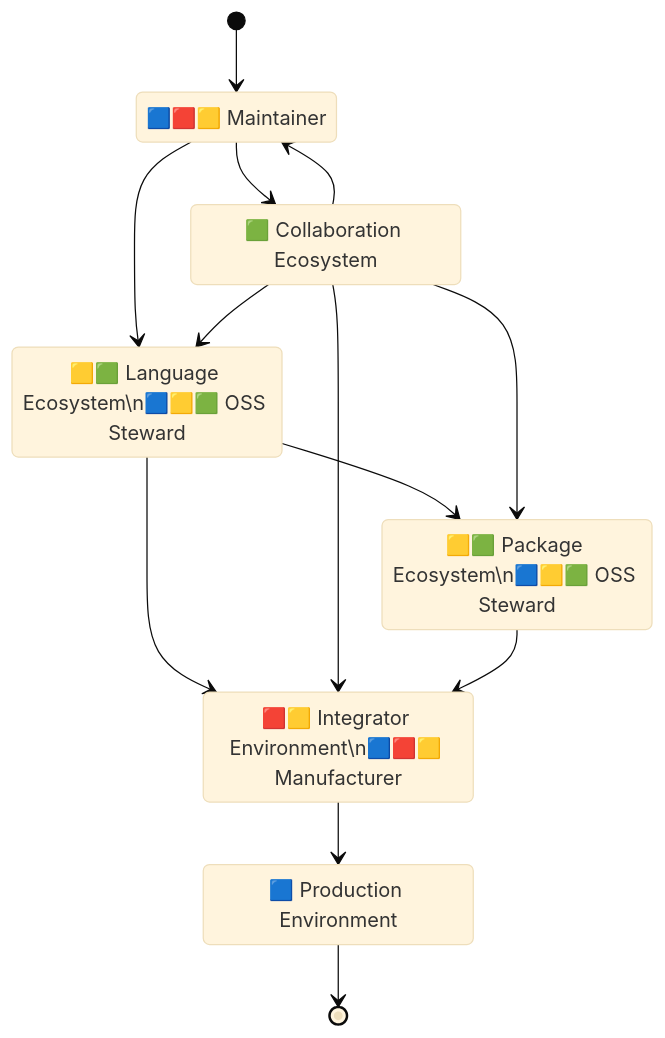
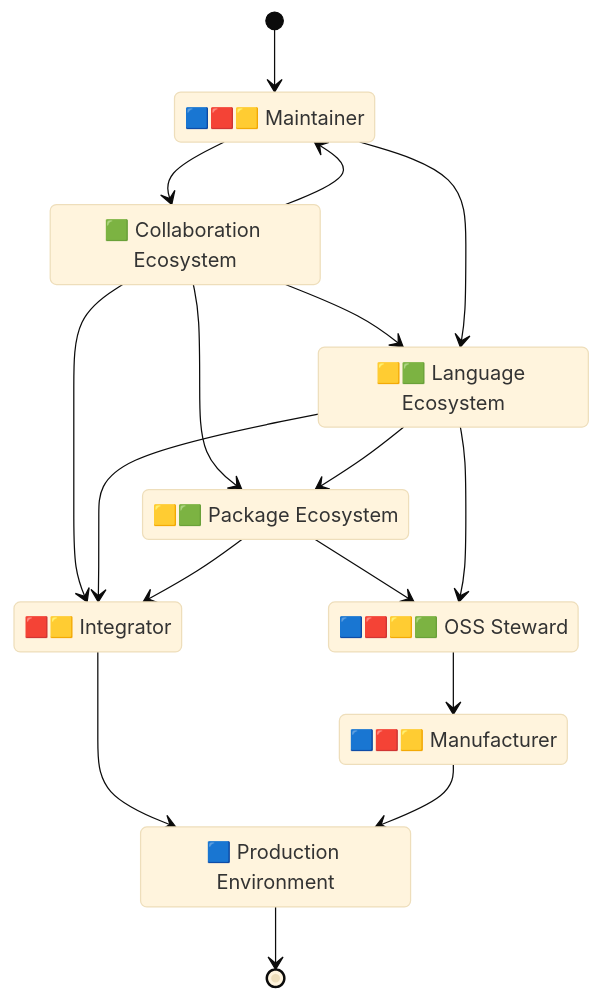
The first of 2 diagrams in docs/eu-cra-summary.md (CPAN-Security/security.metacpan.org), drawn with Mermaid (base theme) before and after one commit. The commit also changed other lines of this file, not shown here.

Commit message:
Rework supply-chain graph to take into account the OSS Steward role

````diff
--- a/docs/eu-cra-summary.md
+++ b/docs/eu-cra-summary.md
@@ -30,26 +30,32 @@
 ```mermaid
 stateDiagram-v2
     direction TB
 
-    state "🟦🟥🟨 Maintainer"             as environment_maintainer
-    state "🟩 Collaboration Ecosystem"  as ecosystem_repo
-    state "🟨🟩 Language Ecosystem\n🟦🟨🟩 OSS Steward" as ecosystem_lang
-    state "🟨🟩 Package Ecosystem\n🟦🟨🟩 OSS Steward" as ecosystem_package
-    state "🟥🟨 Integrator Environment\n🟦🟥🟨 Manufacturer" as environment_integrator
-    state "🟦 Production Environment"   as environment_prod
+    state "🟦🟥🟨 Maintainer" as environment_maintainer
+    state "🟩 Collaboration Ecosystem" as ecosystem_repo
+    state "🟨🟩 Language Ecosystem" as ecosystem_lang
+    state "🟨🟩 Package Ecosystem" as ecosystem_package
+    state "🟦🟥🟨🟩 OSS Steward" as ecosystem_steward
+    state "🟥🟨 Integrator" as environment_integrator
+    state "🟦🟥🟨 Manufacturer" as environment_manufacturer
+    state "🟦 Production Environment" as environment_prod
 
 
     [*] --> environment_maintainer
+    ecosystem_repo         --> ecosystem_lang
+    environment_maintainer --> ecosystem_lang
     environment_maintainer --> ecosystem_repo
-    environment_maintainer --> ecosystem_lang
     ecosystem_repo --> environment_maintainer
+    ecosystem_repo --> ecosystem_package
     ecosystem_lang --> ecosystem_package
+    ecosystem_package --> ecosystem_steward
+    ecosystem_lang --> ecosystem_steward
+    ecosystem_repo --> environment_integrator
     ecosystem_lang --> environment_integrator
-    ecosystem_repo --> ecosystem_lang
-    ecosystem_repo --> ecosystem_package
-    ecosystem_repo --> environment_integrator
     ecosystem_package --> environment_integrator
+    ecosystem_steward --> environment_manufacturer
     environment_integrator --> environment_prod
+    environment_manufacturer --> environment_prod
     environment_prod --> [*]
 
 ```
````
